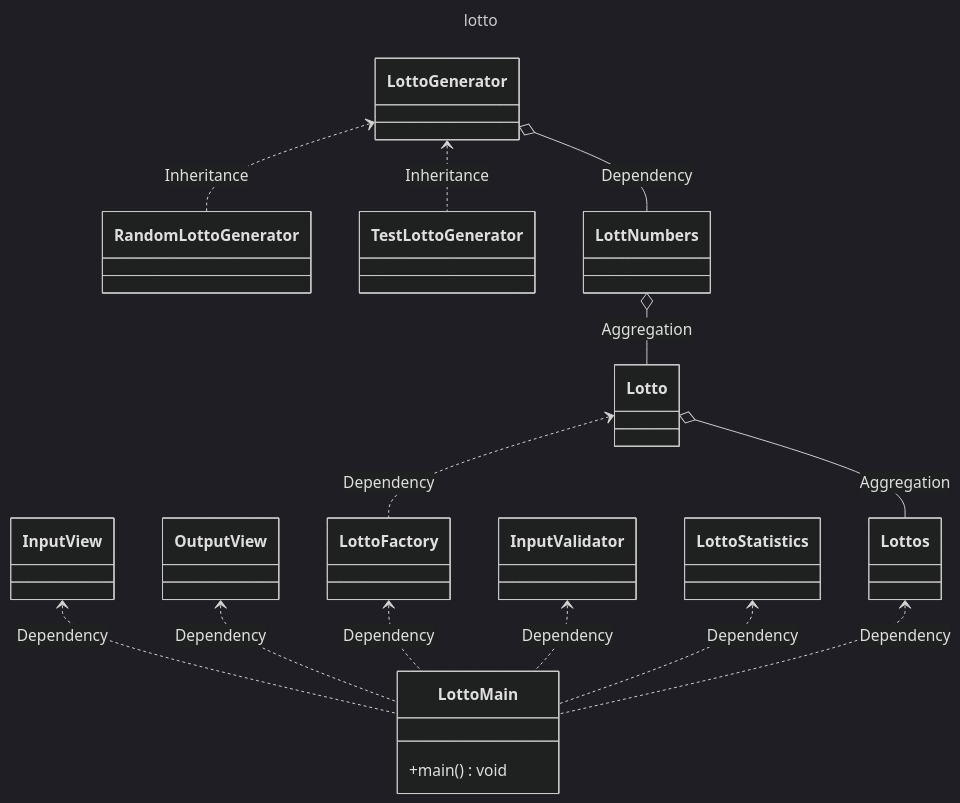
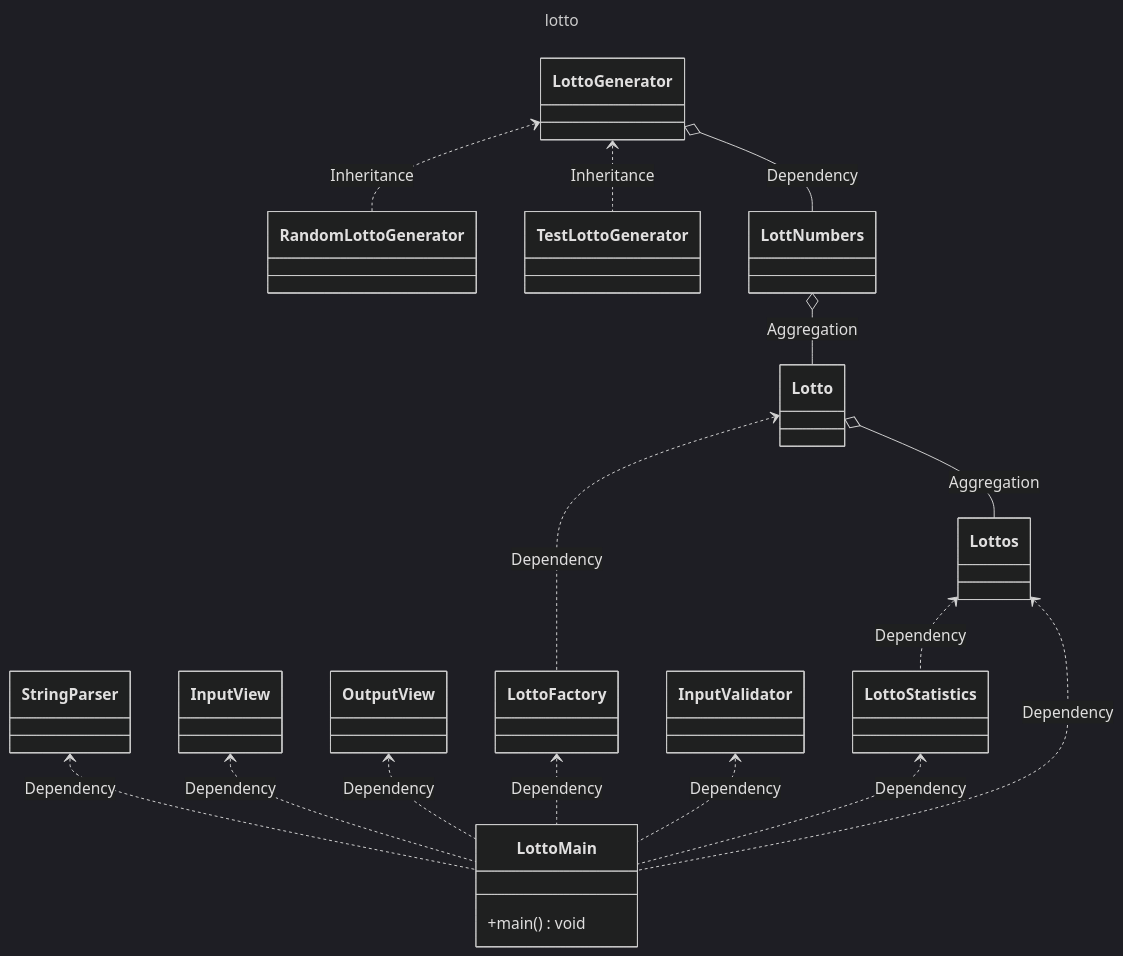
The diagram in README.md (next-step/java-lotto), drawn with Mermaid (dark theme) before and after one commit. The commit also changed other lines of this file and 4 other files, not shown here.

````diff
--- a/README.md
+++ b/README.md
@@ -12,75 +12,80 @@
 ```mermaid
 ---
 title: lotto
 ---
 classDiagram
 %%    Animal <|-- Fish
 %%    Animal <|-- Zebra
 %%    Animal : +int age
 %%    Animal : +String gender
 %%    Animal: +isMammal()
 %%    Animal: +mate()
+    StringParser <.. LottoMain : Dependency
     InputView <.. LottoMain : Dependency
     OutputView <.. LottoMain : Dependency
     LottoFactory <.. LottoMain : Dependency
     InputValidator <.. LottoMain : Dependency
     Lotto <.. LottoFactory : Dependency
     LottoStatistics <.. LottoMain : Dependency
     LottoGenerator <.. RandomLottoGenerator : Inheritance
     LottoGenerator <.. TestLottoGenerator : Inheritance
     Lottos <.. LottoMain : Dependency
     Lotto o-- Lottos : Aggregation
     LottNumbers o-- Lotto : Aggregation
     LottoGenerator o-- LottNumbers : Dependency
+    Lottos <.. LottoStatistics : Dependency
+        
+    class StringParser{
+    }
 
     class Lotto{
     }
         
     class Lottos{
     }
 
     class LottNumbers{
     }
 
     class LottoFactory{
     }
 
     class LottoMain {
         +main() void
     }
 
     class InputValidator {
 
     }
 
     class LottoGenerator {
             
     }
 
     class RandomLottoGenerator {
 
     }
         
     class TestLottoGenerator {
 
     }
 
     class LottoStatistics {
         
     }
 
     class InputView {
 
     }
 
     class OutputView {
 
     }
 
     class OutputView {
 %%        -String Name
 %%        -int PosX
 %%        -int PosY
 %%        +Despawn() void
     }
 ```
````
